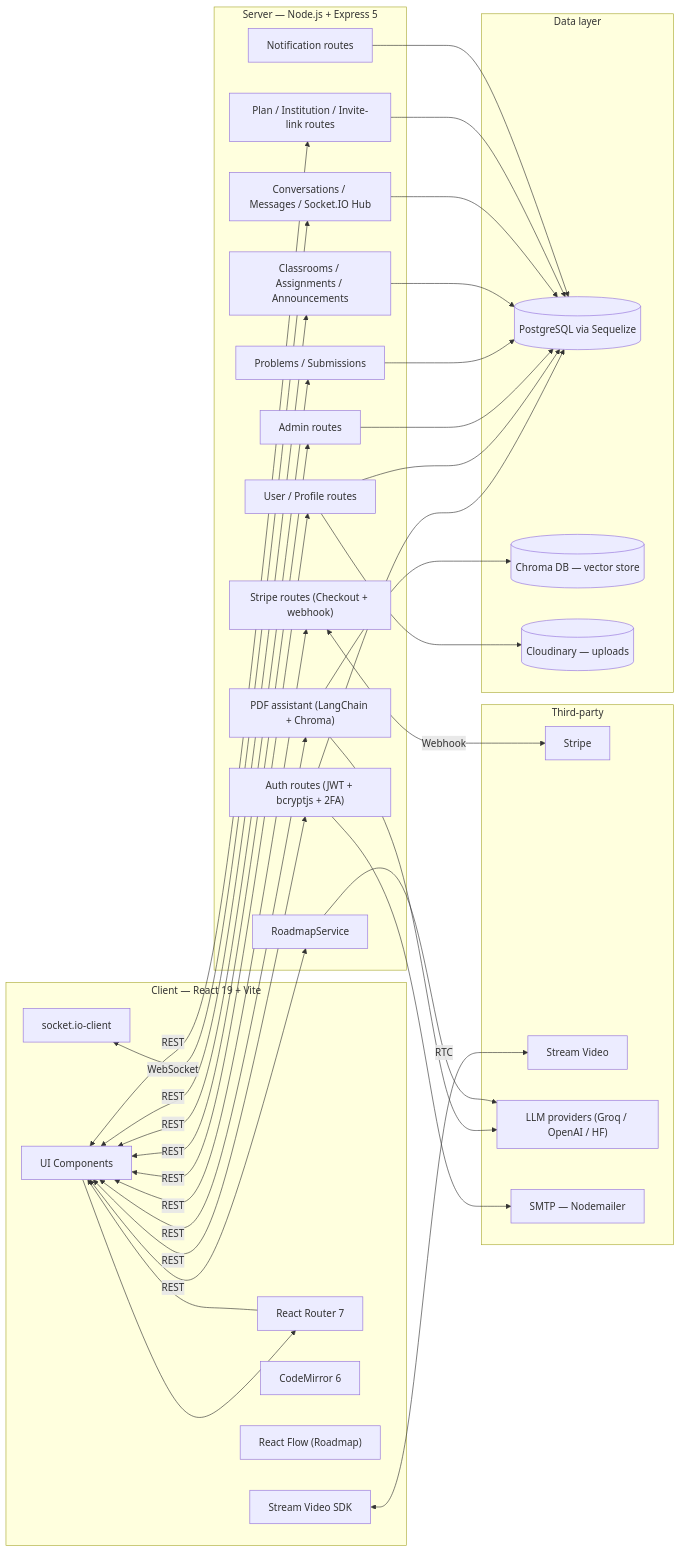
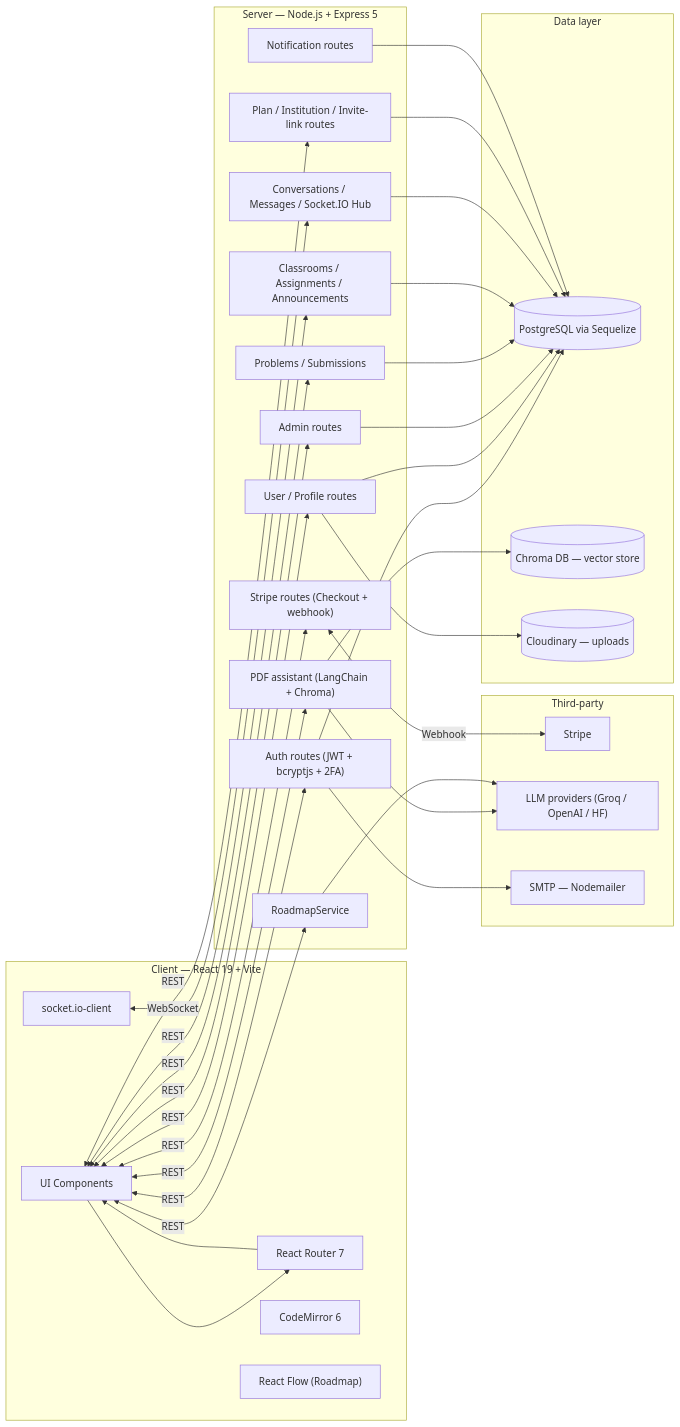
The first of 19 diagrams in docs/11_flows_and_diagrams.md (MaizaAymen/OmniLearn), drawn with Mermaid before and after one commit. The commit also changed other lines of this file and 7 other files, not shown here.

````diff
--- a/docs/11_flows_and_diagrams.md
+++ b/docs/11_flows_and_diagrams.md
@@ -9,67 +9,64 @@
 ```mermaid
 flowchart LR
   subgraph Client["Client — React 19 + Vite"]
     UI["UI Components"]
     Router["React Router 7"]
     Socket["socket.io-client"]
     Editor["CodeMirror 6"]
     Flow["React Flow (Roadmap)"]
-    Stream["Stream Video SDK"]
   end
 
   subgraph Server["Server — Node.js + Express 5"]
     Auth["Auth routes (JWT + bcryptjs + 2FA)"]
     UserAPI["User / Profile routes"]
     AdminAPI["Admin routes"]
     Problems["Problems / Submissions"]
     Classroom["Classrooms / Assignments / Announcements"]
     Messaging["Conversations / Messages / Socket.IO Hub"]
     PDFAI["PDF assistant (LangChain + Chroma)"]
     RoadmapAI["RoadmapService"]
     Plan["Plan / Institution / Invite-link routes"]
     StripeAPI["Stripe routes (Checkout + webhook)"]
     Notif["Notification routes"]
   end
 
   subgraph Data["Data layer"]
     PG[("PostgreSQL via Sequelize")]
     Chroma[("Chroma DB — vector store")]
     Cloud[("Cloudinary — uploads")]
   end
 
   subgraph Third["Third-party"]
     StripeSvc["Stripe"]
-    StreamSvc["Stream Video"]
     LLM["LLM providers (Groq / OpenAI / HF)"]
     SMTP["SMTP — Nodemailer"]
   end
 
   UI --> Router
   Router --> UI
   UI <-->|REST| Auth
   UI <-->|REST| UserAPI
   UI <-->|REST| AdminAPI
   UI <-->|REST| Problems
   UI <-->|REST| Classroom
   UI <-->|REST| PDFAI
   UI <-->|REST| RoadmapAI
   UI <-->|REST| Plan
   UI <-->|REST| StripeAPI
   Socket <-->|WebSocket| Messaging
-  Stream <-->|RTC| StreamSvc
 
   Auth --> PG
   UserAPI --> PG
   AdminAPI --> PG
   Problems --> PG
   Classroom --> PG
   Messaging --> PG
   Plan --> PG
   Notif --> PG
   PDFAI --> Chroma
   PDFAI --> LLM
   RoadmapAI --> LLM
   UserAPI --> Cloud
   StripeAPI <-->|Webhook| StripeSvc
   Auth --> SMTP
 ```
````
